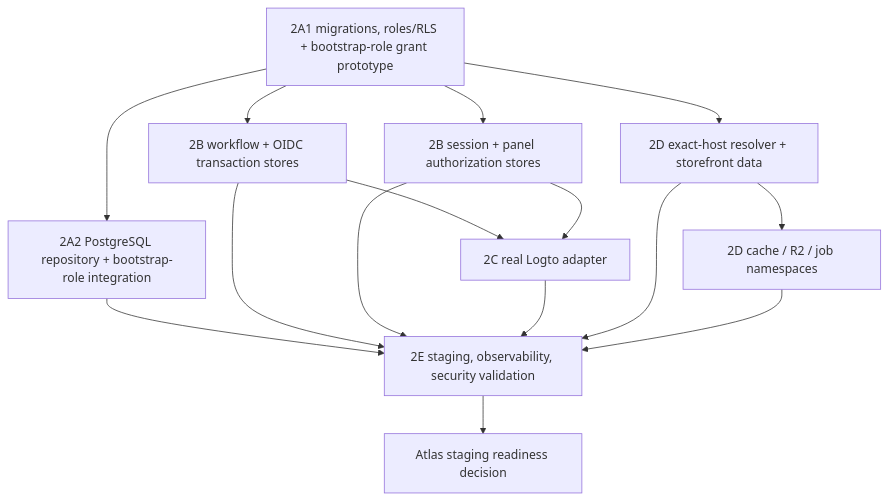
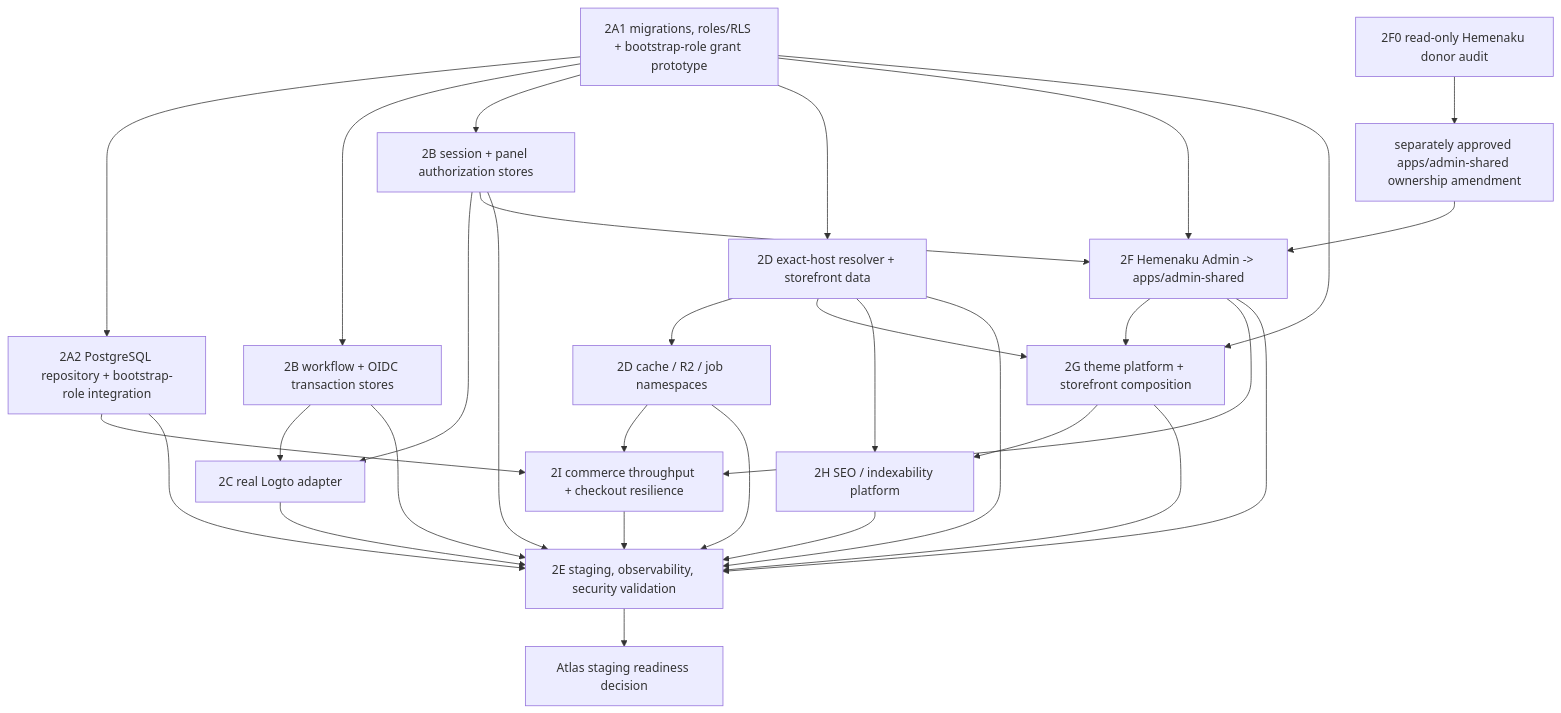
Before and after one commit to Webintoshi/ecommerce.celebix: the diagram in docs/architecture/saas-phase2-workstreams.md, drawn with Mermaid. The commit also changed other lines of this file and 5 other files, not shown here.

Commit message:
docs(saas): align phase two plan with commerce themes and seo

````diff
--- a/docs/architecture/saas-phase2-workstreams.md
+++ b/docs/architecture/saas-phase2-workstreams.md
@@ -7,17 +7,33 @@
 ```mermaid
 flowchart TD
   A1["2A1 migrations, roles/RLS + bootstrap-role grant prototype"] --> A2["2A2 PostgreSQL repository + bootstrap-role integration"]
   A1 --> B1["2B workflow + OIDC transaction stores"]
   A1 --> B2["2B session + panel authorization stores"]
   B1 --> C["2C real Logto adapter"]
   B2 --> C
   A1 --> D1["2D exact-host resolver + storefront data"]
   D1 --> D2["2D cache / R2 / job namespaces"]
+  F0["2F0 read-only Hemenaku donor audit"] --> Boundary["separately approved apps/admin-shared ownership amendment"]
+  Boundary --> F["2F Hemenaku Admin -> apps/admin-shared"]
+  B2 --> F
+  A1 --> F
+  A1 --> G["2G theme platform + storefront composition"]
+  D1 --> G
+  F --> G
+  D1 --> H["2H SEO / indexability platform"]
+  G --> H
+  A2 --> I["2I commerce throughput + checkout resilience"]
+  D2 --> I
+  F --> I
   A2 --> E["2E staging, observability, security validation"]
   B1 --> E
   B2 --> E
   C --> E
   D1 --> E
   D2 --> E
+  F --> E
+  G --> E
+  H --> E
+  I --> E
   E --> Gate["Atlas staging readiness decision"]
 ```
````
